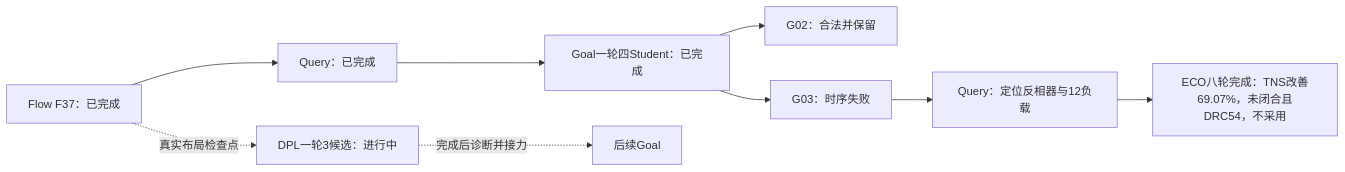
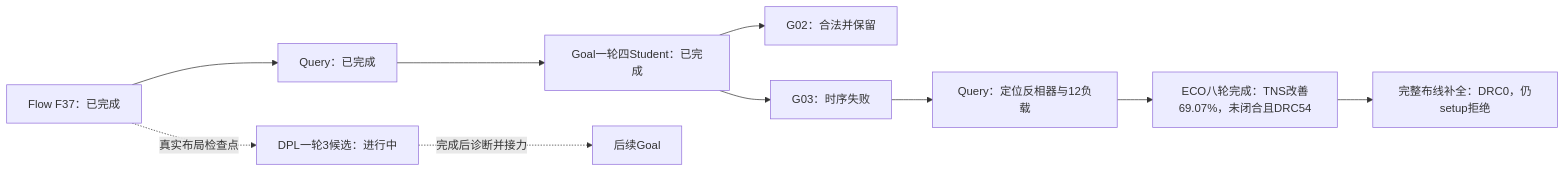
The first of 2 diagrams in admin/INVITED_PAPER_RESULTS_20261020.md (CODA-Team/ChipEvolve), drawn with Mermaid before and after one commit. The commit also changed other lines of this file and 4 other files, not shown here.

````diff
--- a/admin/INVITED_PAPER_RESULTS_20261020.md
+++ b/admin/INVITED_PAPER_RESULTS_20261020.md
@@ -32,11 +34,12 @@
 ```mermaid
 flowchart LR
  F[Flow F37：已完成] --> Q[Query：已完成]
  Q --> G[Goal一轮四Student：已完成]
  G --> G2[G02：合法并保留]
  G --> G3[G03：时序失败]
  G3 --> QE[Query：定位反相器与12负载]
- QE --> E[ECO八轮完成：TNS改善69.07%，未闭合且DRC54，不采用]
+ QE --> E[ECO八轮完成：TNS改善69.07%，未闭合且DRC54]
+ E --> R[完整布线补全：DRC0，仍setup拒绝]
  F -. 真实布局检查点 .-> D[DPL一轮3候选：进行中]
  D -. 完成后诊断并接力 .-> GN[后续Goal]
 ```
````
